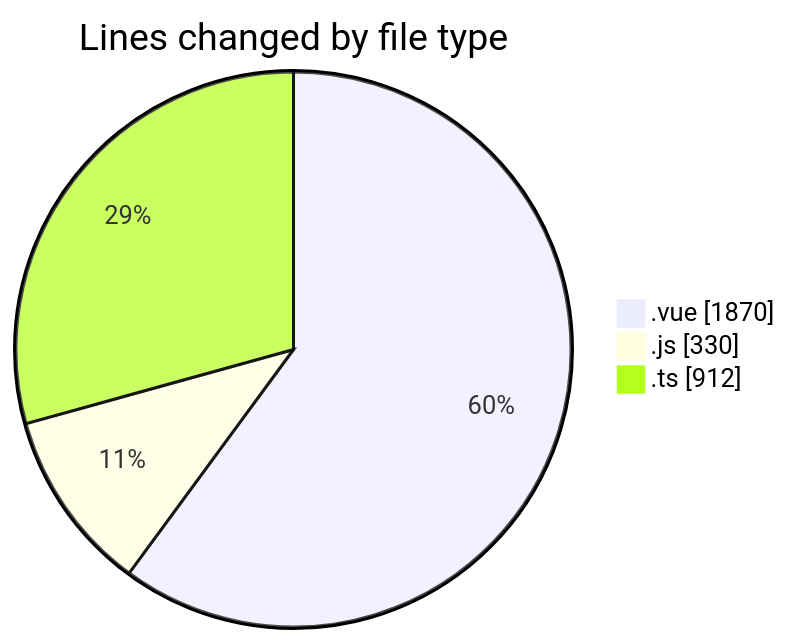
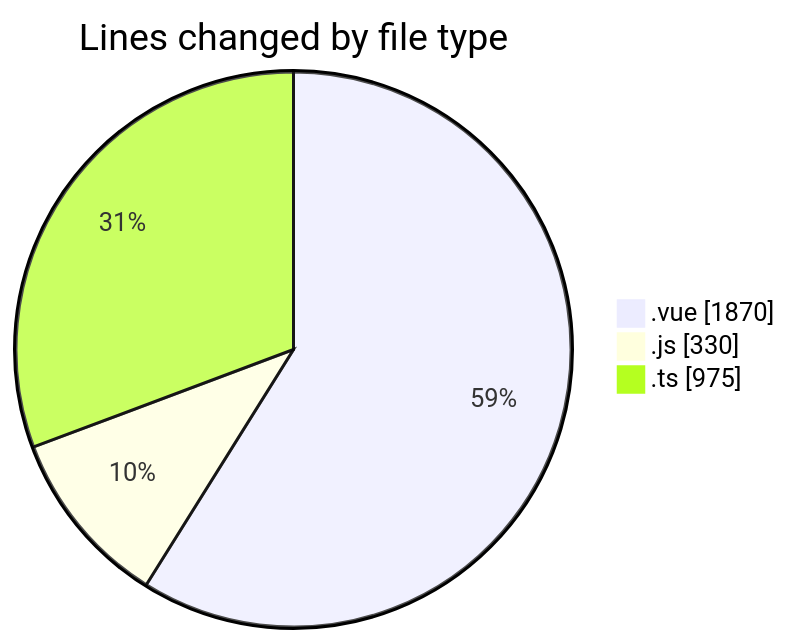
Before and after one commit to lephambinh05/code-tracking: the first of 2 diagrams in 2025-07-14/rentotp/README.md, drawn with Mermaid. The commit also changed other lines of this file and 1 other file, not shown here.

````diff
--- a/2025-07-14/rentotp/README.md
+++ b/2025-07-14/rentotp/README.md
@@ -43,7 +44,7 @@
 ```mermaid
 pie showData
 title Lines changed by file type
 ".vue" : 1870
 ".js" : 330
-".ts" : 912
+".ts" : 975
 ```
````
